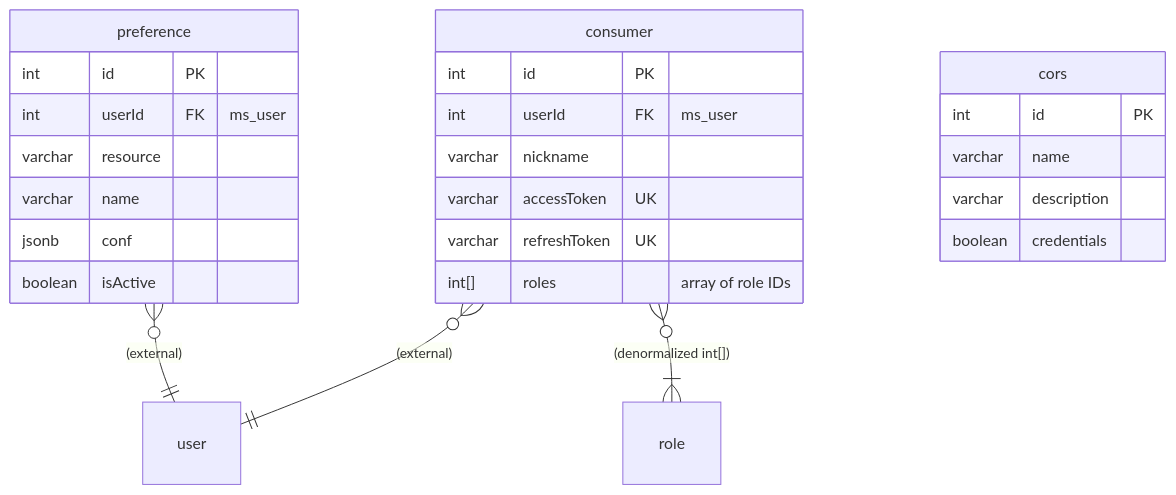
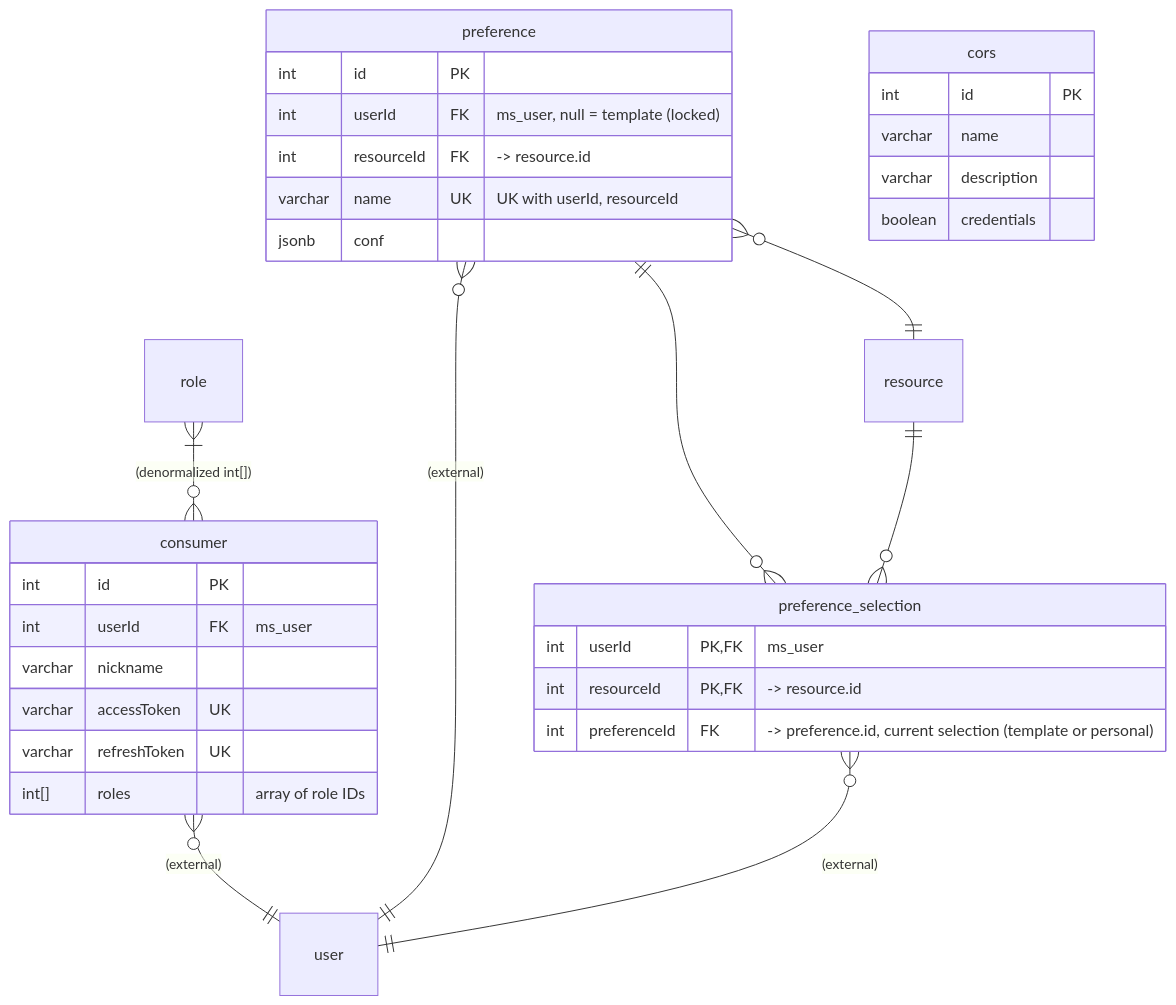
Before and after one commit to ALTEN-group/Gatelin: the second of 2 diagrams in doc/erd.md, drawn with Mermaid. The commit also changed other lines of this file and 33 other files, not shown here.

Commit message:
refactor(preference): restructure preference handling and validation feat(preference): add middleware for filtering preferences by user and resource feat(preference): implement getPreferences and selection upsert functionality test(preference): add tests for preference middleware and services

````diff
--- a/doc/erd.md
+++ b/doc/erd.md
@@ -123,40 +123,50 @@
 ```mermaid
 erDiagram
 
+  role }|--o{ consumer : "(denormalized int[])"
   consumer }o--|| user : "(external)"
-  consumer }o--|{ role : "(denormalized int[])"
   preference }o--|| user : "(external)"
+  preference }o--|| resource : ""
+  preference ||--o{ preference_selection : ""
+  preference_selection }o--|| user : "(external)"
+  resource ||--o{ preference_selection : ""
+
 
   cors {
     int id PK
     varchar name
     varchar description
     boolean credentials
   }
 
   consumer {
     int id PK
     int userId FK "ms_user"
     varchar nickname
     varchar accessToken UK
     varchar refreshToken UK
     int[] roles "array of role IDs"
   }
 
   preference {
     int id PK
-    int userId FK "ms_user"
-    varchar resource
-    varchar name
+    int userId FK "ms_user, null = template (locked)"
+    int resourceId FK "-> resource.id"
+    varchar name UK "UK with userId, resourceId"
     jsonb conf
-    boolean isActive
+  }
+
+  preference_selection {
+    int userId PK, FK "ms_user"
+    int resourceId PK, FK "-> resource.id"
+    int preferenceId FK "-> preference.id, current selection (template or personal)"
   }
 
   user {
 
   }
 
   role {
 
   }
 ```
````
